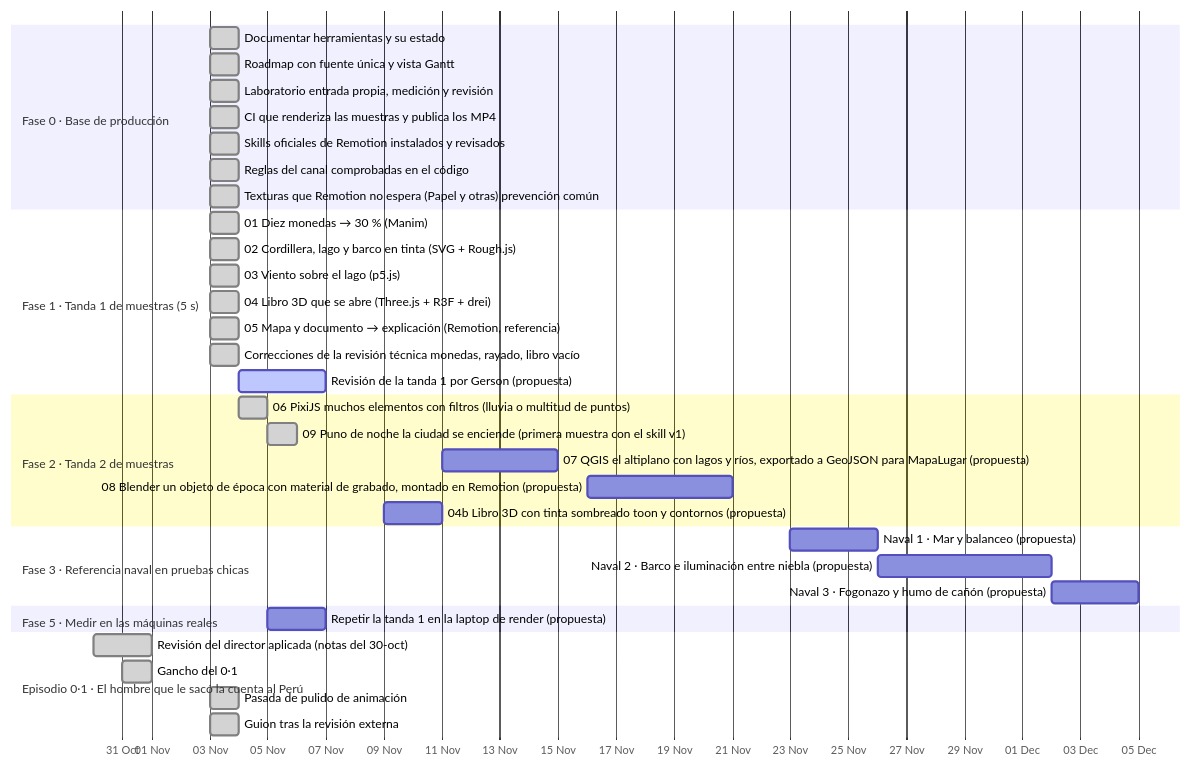
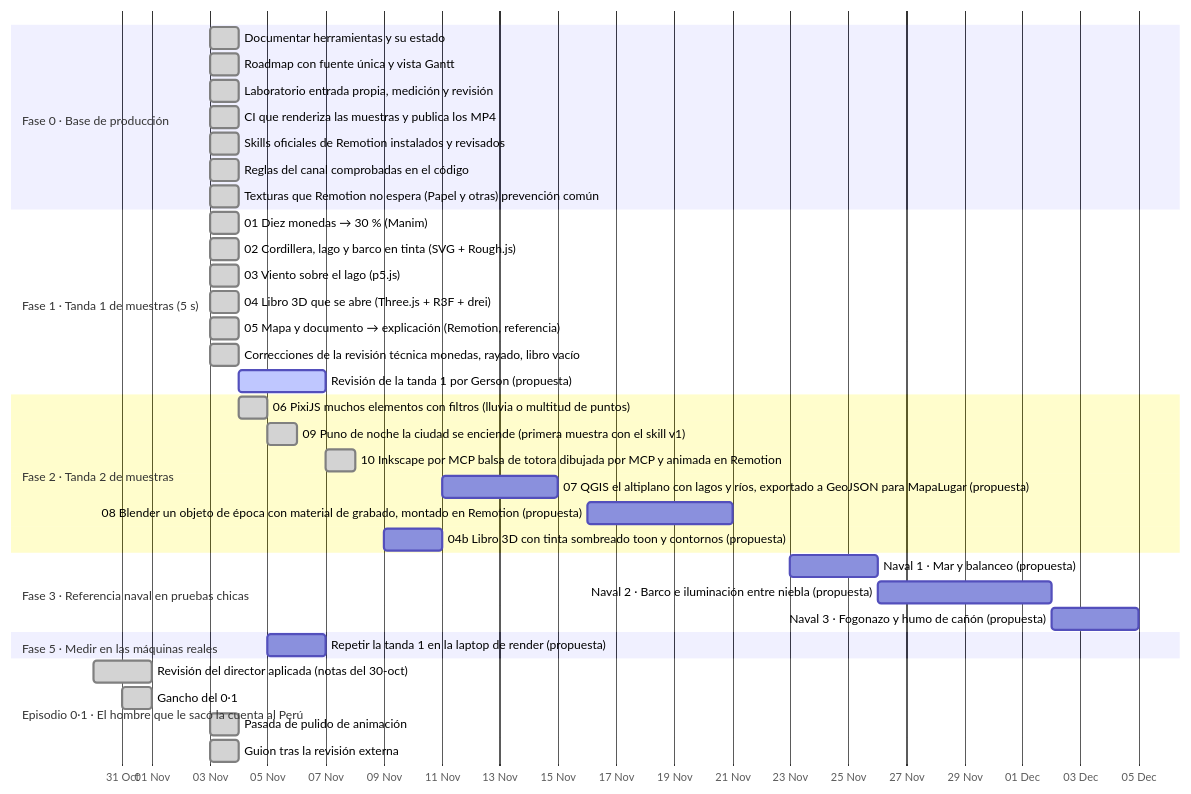
Before and after one commit to Eltiokarma/Remotion_HistoriaPer-: the diagram in ROADMAP.md, drawn with Mermaid. The commit also changed other lines of this file and 21 other files, not shown here.

First line of the commit message:
Muestra 10: balsa de totora dibujada en Inkscape por MCP

````diff
--- a/ROADMAP.md
+++ b/ROADMAP.md
@@ -30,39 +30,40 @@
 ```mermaid
 gantt
   dateFormat YYYY-MM-DD
   axisFormat %d %b
   todayMarker off
   section Fase 0 · Base de producción
   Documentar herramientas y su estado :done, f0herramientas, 2026-11-03, 1d
   Roadmap con fuente única y vista Gantt :done, f0roadmap, 2026-11-03, 1d
   Laboratorio entrada propia, medición y revisión :done, f0laboratorio, 2026-11-03, 1d
   CI que renderiza las muestras y publica los MP4 :done, t1ci, 2026-11-03, 1d
   Skills oficiales de Remotion instalados y revisados :done, f0skillremotion, 2026-11-03, 1d
   Reglas del canal comprobadas en el código :done, f0reglascodigo, 2026-11-03, 1d
   Texturas que Remotion no espera (Papel y otras) prevención común :done, infrapapel, 2026-11-03, 1d
   section Fase 1 · Tanda 1 de muestras (5 s)
   01 Diez monedas → 30 % (Manim) :done, t1manim, 2026-11-03, 1d
   02 Cordillera, lago y barco en tinta (SVG + Rough.js) :done, t1tinta, 2026-11-03, 1d
   03 Viento sobre el lago (p5.js) :done, t1viento, 2026-11-03, 1d
   04 Libro 3D que se abre (Three.js + R3F + drei) :done, t1libro3d, 2026-11-03, 1d
   05 Mapa y documento → explicación (Remotion, referencia) :done, t1mapa, 2026-11-03, 1d
   Correcciones de la revisión técnica monedas, rayado, libro vacío :done, t1correcciones, 2026-11-03, 1d
   Revisión de la tanda 1 por Gerson (propuesta) :active, t1revision, 2026-11-04, 3d
   section Fase 2 · Tanda 2 de muestras
   06 PixiJS muchos elementos con filtros (lluvia o multitud de puntos) :done, t2pixi, 2026-11-04, 1d
   09 Puno de noche la ciudad se enciende (primera muestra con el skill v1) :done, t2puno, 2026-11-05, 1d
+  10 Inkscape por MCP balsa de totora dibujada por MCP y animada en Remotion :done, t2inkscape, 2026-11-07, 1d
   07 QGIS el altiplano con lagos y ríos, exportado a GeoJSON para MapaLugar (propuesta) :t2qgis, 2026-11-11, 4d
   08 Blender un objeto de época con material de grabado, montado en Remotion (propuesta) :t2blender, 2026-11-16, 5d
   04b Libro 3D con tinta sombreado toon y contornos (propuesta) :t2toon, 2026-11-09, 2d
   section Fase 3 · Referencia naval en pruebas chicas
   Naval 1 · Mar y balanceo (propuesta) :n1mar, 2026-11-23, 3d
   Naval 2 · Barco e iluminación entre niebla (propuesta) :n2barco, 2026-11-26, 6d
   Naval 3 · Fogonazo y humo de cañón (propuesta) :n3fogonazo, 2026-12-02, 3d
   section Fase 5 · Medir en las máquinas reales
   Repetir la tanda 1 en la laptop de render (propuesta) :f5laptop, 2026-11-05, 2d
   section Episodio 0·1 · El hombre que le sacó la cuenta al Perú
   Revisión del director aplicada (notas del 30-oct) :done, e1revision, 2026-10-30, 2d
   Gancho del 0·1 :done, e1gancho, 2026-10-31, 1d
   Pasada de pulido de animación :done, e1pulido, 2026-11-03, 1d
   Guion tras la revisión externa :done, e1guionexterno, 2026-11-03, 1d
 ```
````
